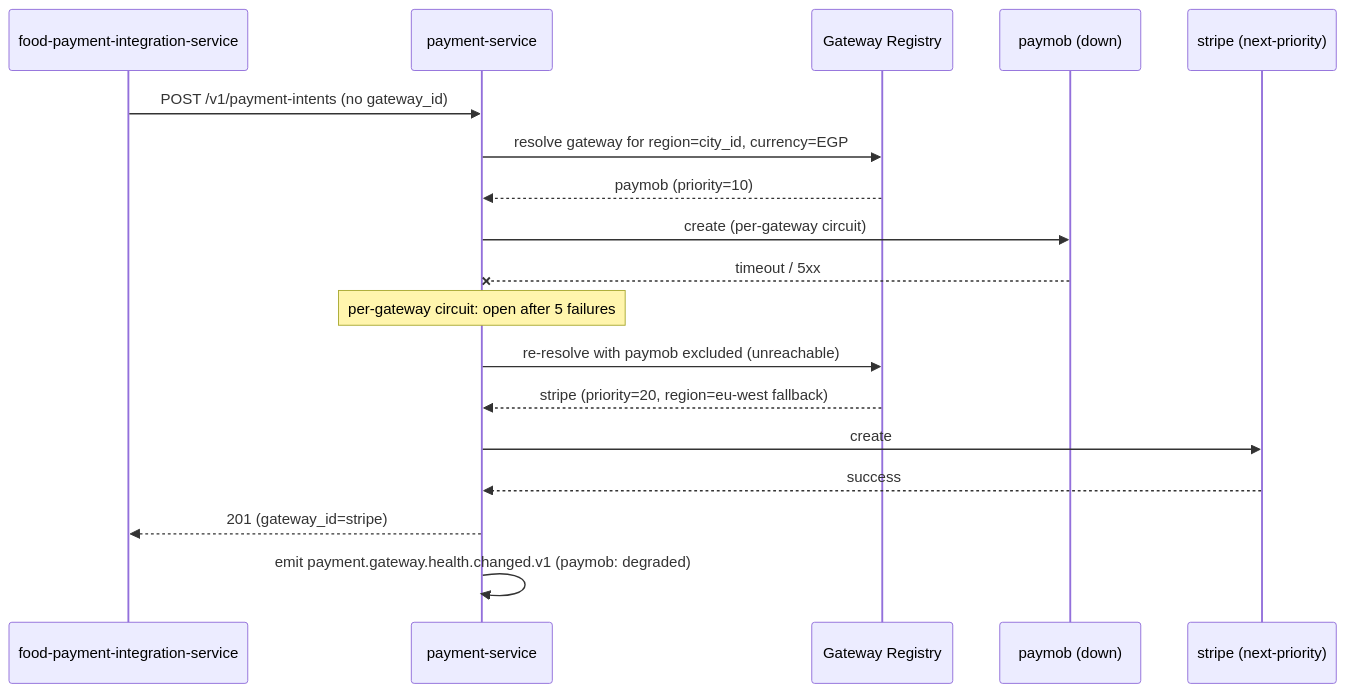
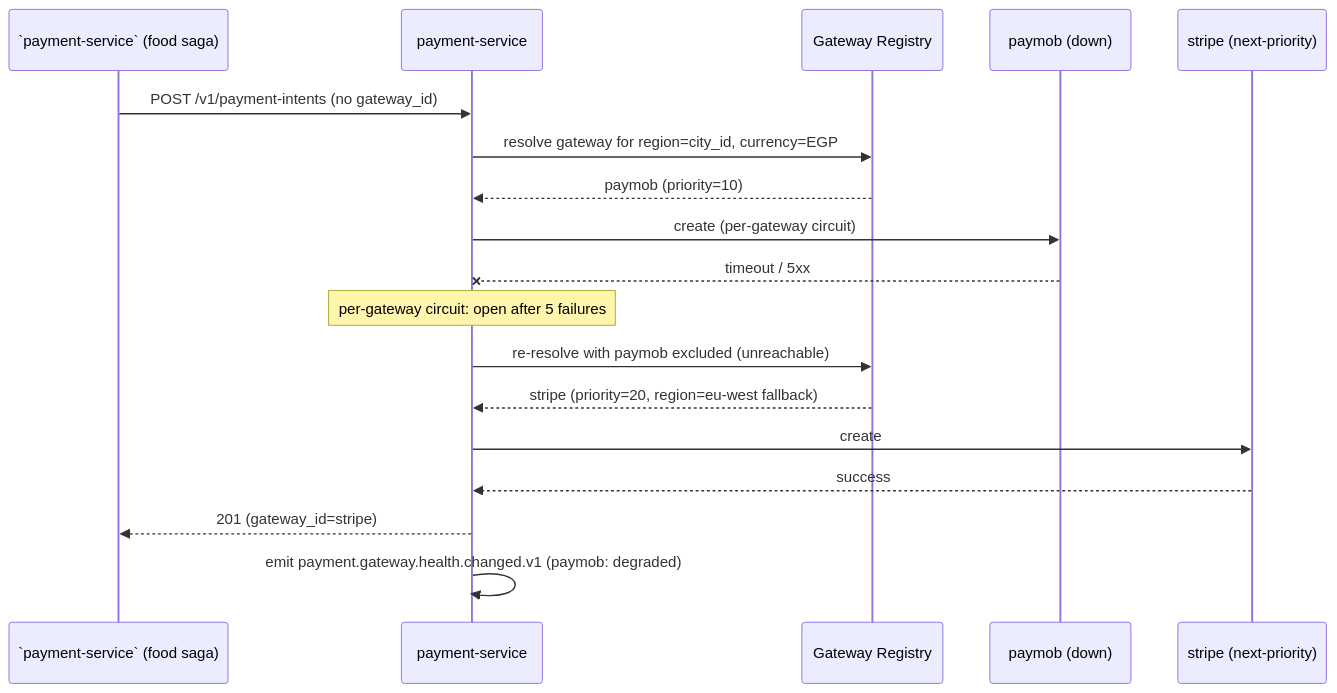
Before and after one commit to mohamedhabibwork/trips-enjoy-docs: the eighth of 11 diagrams in docs/services/payment-service/WORKFLOWS.md, drawn with Mermaid. The commit also changed other lines of this file and 525 other files, not shown here.

````diff
--- a/docs/services/payment-service/WORKFLOWS.md
+++ b/docs/services/payment-service/WORKFLOWS.md
@@ -528,21 +528,21 @@
 ```mermaid
 sequenceDiagram
-    participant FPI as food-payment-integration-service
+    participant FPI as `payment-service` (food saga)
     participant PS as payment-service
     participant REG as Gateway Registry
     participant G1 as paymob (down)
     participant G2 as stripe (next-priority)
 
     FPI->>PS: POST /v1/payment-intents (no gateway_id)
     PS->>REG: resolve gateway for region=city_id, currency=EGP
     REG-->>PS: paymob (priority=10)
     PS->>G1: create (per-gateway circuit)
     G1--xPS: timeout / 5xx
     Note over PS: per-gateway circuit: open after 5 failures
     PS->>REG: re-resolve with paymob excluded (unreachable)
     REG-->>PS: stripe (priority=20, region=eu-west fallback)
     PS->>G2: create
     G2-->>PS: success
     PS-->>FPI: 201 (gateway_id=stripe)
     PS->>PS: emit payment.gateway.health.changed.v1 (paymob: degraded)
 ```
````
